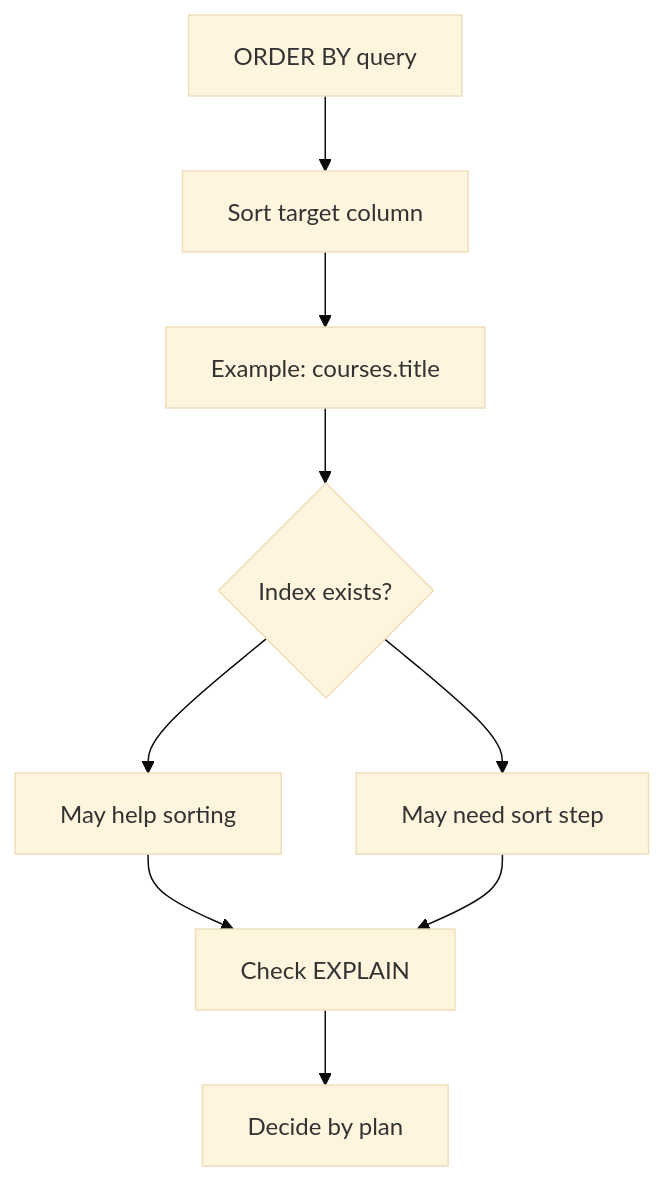
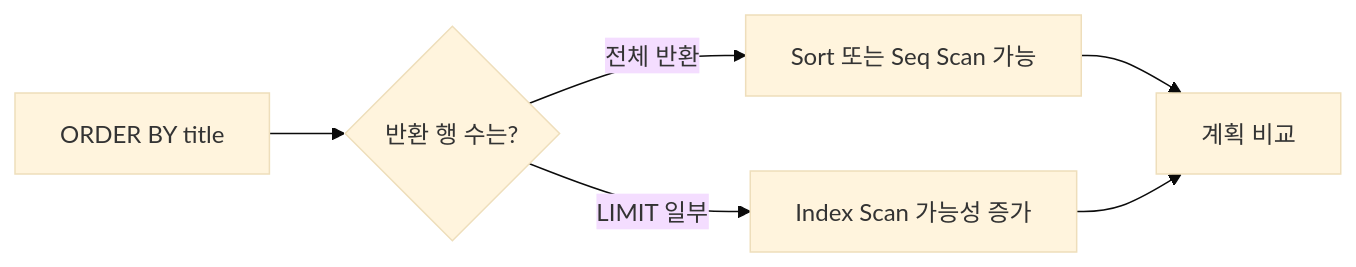
Before and after one commit to GilbertMoon/ai-database-book: the diagram in images/chapter10/ch10_04_order_by_index_flow.mmd, drawn with Mermaid (base theme). The commit also changed 47 other files, not shown here.

Commit message:
Revise Chapters 10 and 11 content and diagrams

```diff
--- a/images/chapter10/ch10_04_order_by_index_flow.mmd
+++ b/images/chapter10/ch10_04_order_by_index_flow.mmd
@@ -1,11 +1,6 @@
-flowchart TB
-    A[ORDER BY query] --> B[Sort target column]
-    B --> C[Example: courses.title]
-
-    C --> D{Index exists?}
-    D --> E[May help sorting]
-    D --> F[May need sort step]
-
-    E --> G[Check EXPLAIN]
-    F --> G
-    G --> H[Decide by plan]
+flowchart LR
+    A[ORDER BY title] --> B{반환 행 수는?}
+    B -- 전체 반환 --> C[Sort 또는 Seq Scan 가능]
+    B -- LIMIT 일부 --> D[Index Scan 가능성 증가]
+    C --> E[계획 비교]
+    D --> E
```
